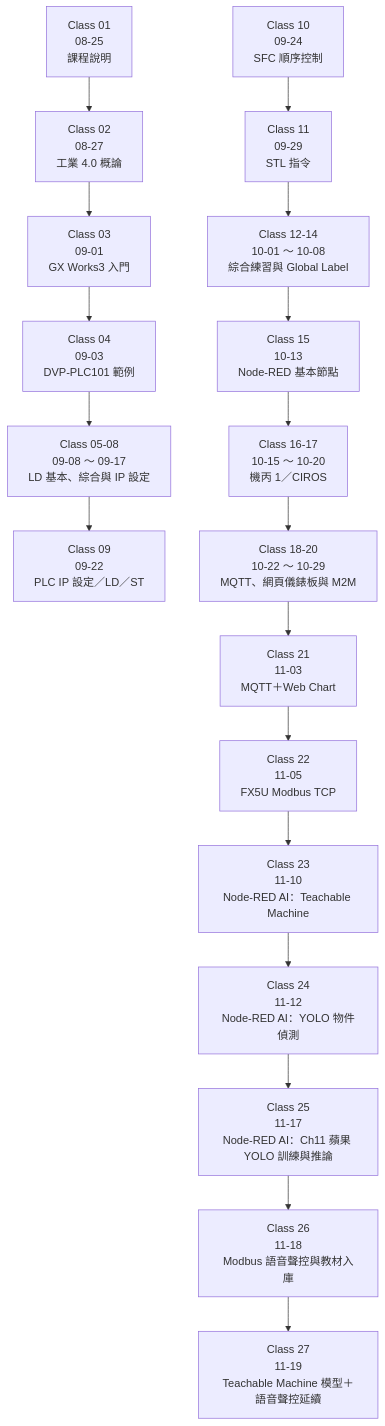
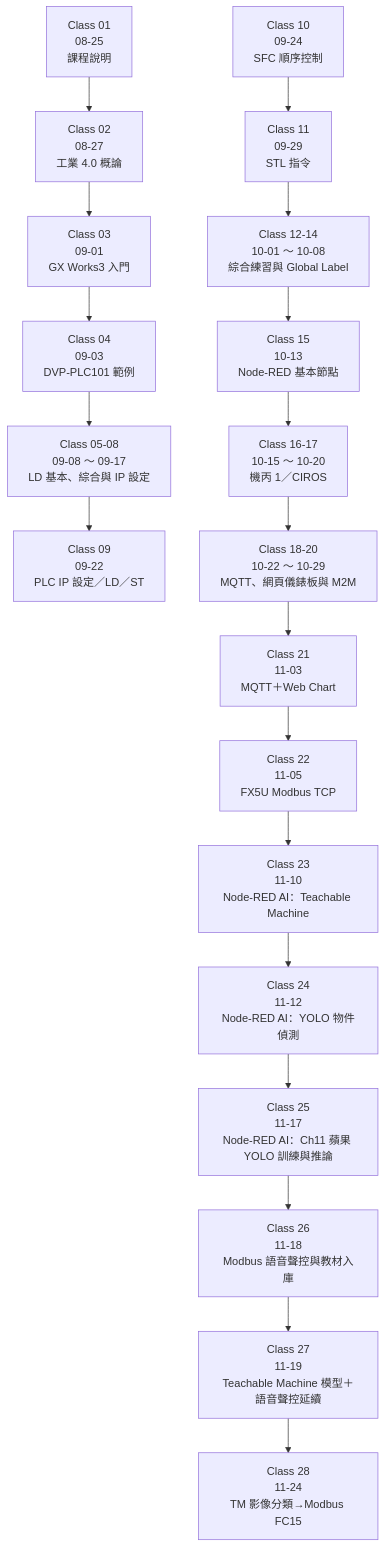
Before and after one commit to yd7148/INDUSTRY-4.0: the first of 3 diagrams in docs/COURSE-MAP.md, drawn with Mermaid. The commit also changed other lines of this file and 2 other files, not shown here.

Commit message:
Sync docs for Class-28 (28 classes, 29 videos, timeline and SVG)

````diff
--- a/docs/COURSE-MAP.md
+++ b/docs/COURSE-MAP.md
@@ -10,20 +10,21 @@
 ```mermaid
 flowchart TD
     A["Class 01<br/>08-25<br/>課程說明"] --> B["Class 02<br/>08-27<br/>工業 4.0 概論"]
     B --> C["Class 03<br/>09-01<br/>GX Works3 入門"]
     C --> D["Class 04<br/>09-03<br/>DVP-PLC101 範例"]
     D --> E["Class 05-08<br/>09-08 ～ 09-17<br/>LD 基本、綜合與 IP 設定"]
     E --> F["Class 09<br/>09-22<br/>PLC IP 設定／LD／ST"]
     G["Class 10<br/>09-24<br/>SFC 順序控制"] --> H["Class 11<br/>09-29<br/>STL 指令"]
     H --> I["Class 12-14<br/>10-01 ～ 10-08<br/>綜合練習與 Global Label"]
     I --> J["Class 15<br/>10-13<br/>Node-RED 基本節點"]
     J --> K["Class 16-17<br/>10-15 ～ 10-20<br/>機丙 1／CIROS"]
     K --> L["Class 18-20<br/>10-22 ～ 10-29<br/>MQTT、網頁儀錶板與 M2M"]
     L --> M["Class 21<br/>11-03<br/>MQTT＋Web Chart"]
     M --> N["Class 22<br/>11-05<br/>FX5U Modbus TCP"]
     N --> O["Class 23<br/>11-10<br/>Node-RED AI：Teachable Machine"]
     O --> P["Class 24<br/>11-12<br/>Node-RED AI：YOLO 物件偵測"]
     P --> Q["Class 25<br/>11-17<br/>Node-RED AI：Ch11 蘋果 YOLO 訓練與推論"]
     Q --> R["Class 26<br/>11-18<br/>Modbus 語音聲控與教材入庫"]
     R --> S["Class 27<br/>11-19<br/>Teachable Machine 模型＋語音聲控延續"]
+    S --> T["Class 28<br/>11-24<br/>TM 影像分類→Modbus FC15"]
 ```
````
